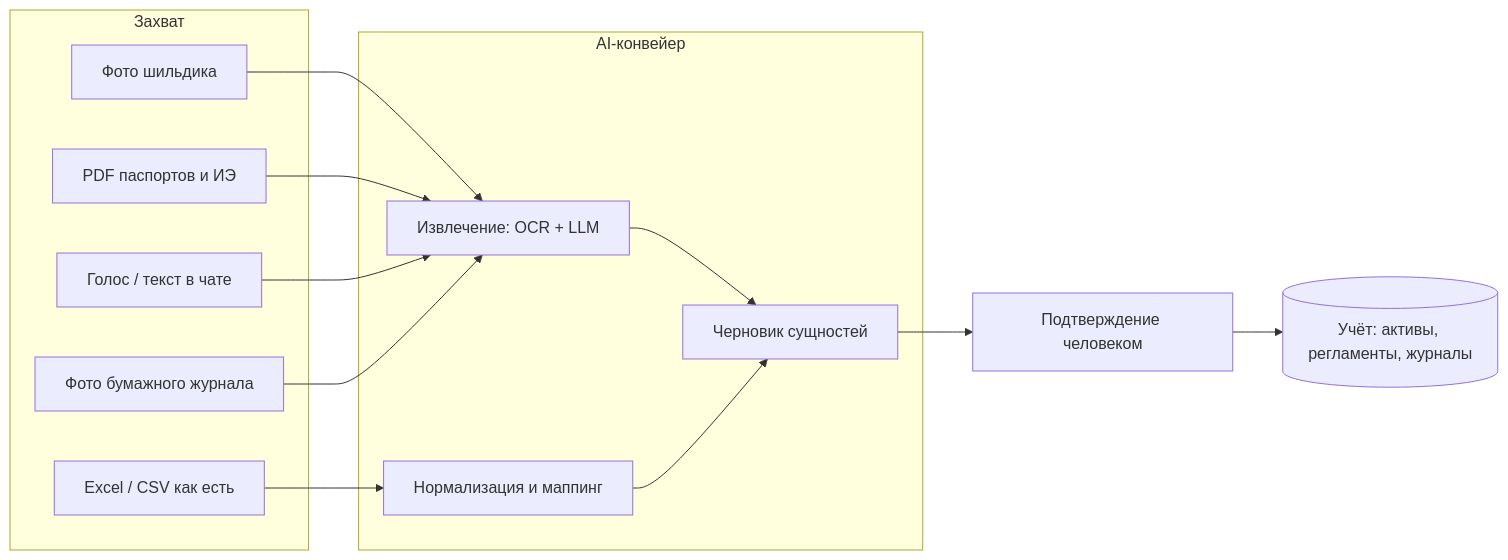
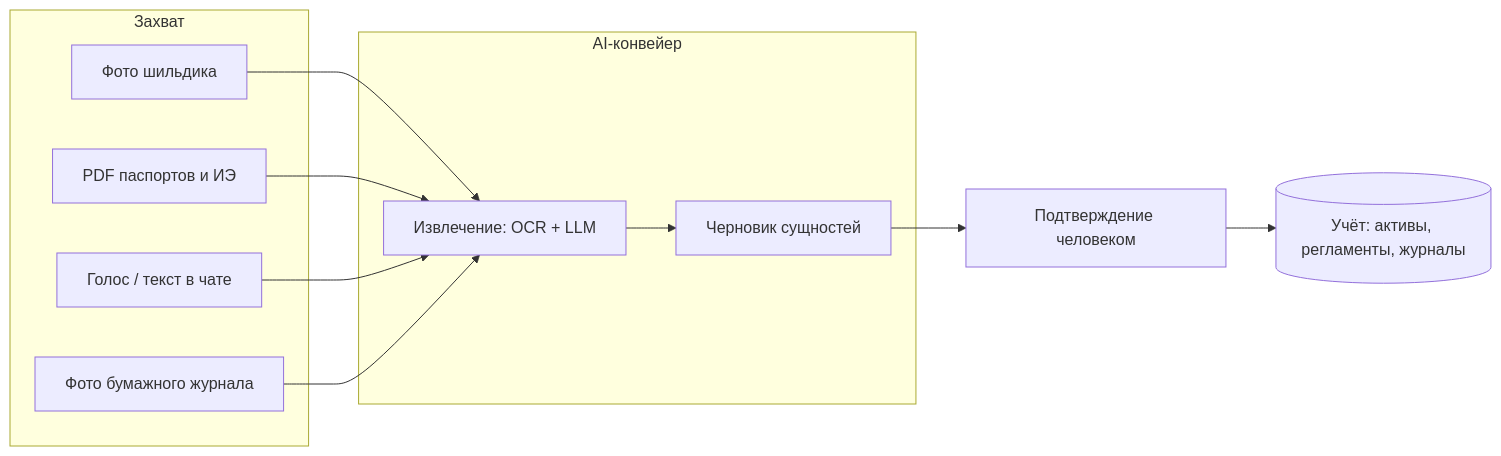
Before and after one commit to masterdoc-app/masterdoc: the first of 8 diagrams in TOIR_AI_SYSTEM_DESIGN.md, drawn with Mermaid. The commit also changed other lines of this file, not shown here.

Commit message:
Defer Excel import to backlog: remove Importer agent and prompt-transform flow, simplify onboarding to photo-first

````diff
--- a/TOIR_AI_SYSTEM_DESIGN.md
+++ b/TOIR_AI_SYSTEM_DESIGN.md
@@ -88,25 +88,21 @@
 ```mermaid
 flowchart LR
   subgraph Захват
     A1[Фото шильдика]
-    A2[Excel / CSV как есть]
     A3[PDF паспортов и ИЭ]
     A4[Голос / текст в чате]
     A5[Фото бумажного журнала]
   end
   subgraph AI-конвейер
     B1[Извлечение: OCR + LLM]
-    B2[Нормализация и маппинг]
     B3[Черновик сущностей]
   end
   C[Подтверждение человеком]
   D[(Учёт: активы, регламенты, журналы)]
   A1 --> B1
-  A2 --> B2
   A3 --> B1
   A4 --> B1
   A5 --> B1
   B1 --> B3
-  B2 --> B3
   B3 --> C --> D
 ```
````
